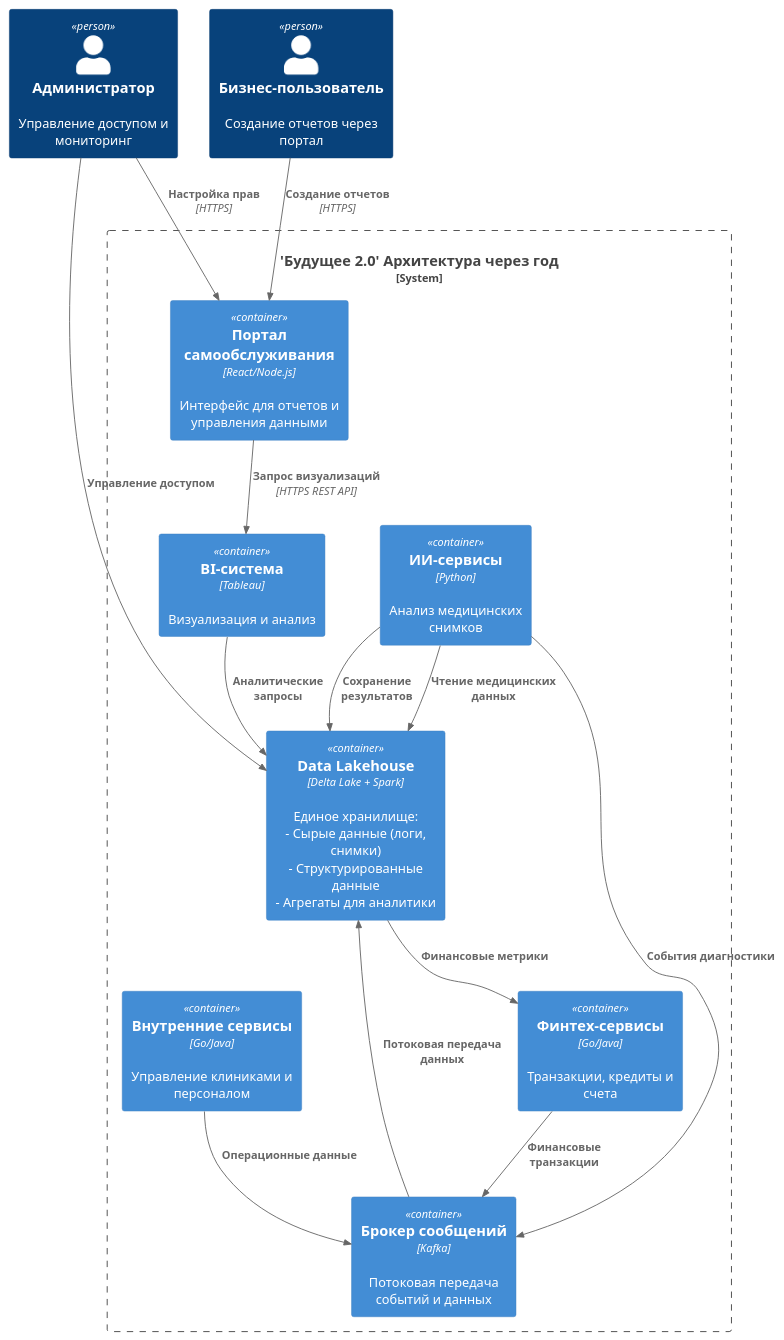
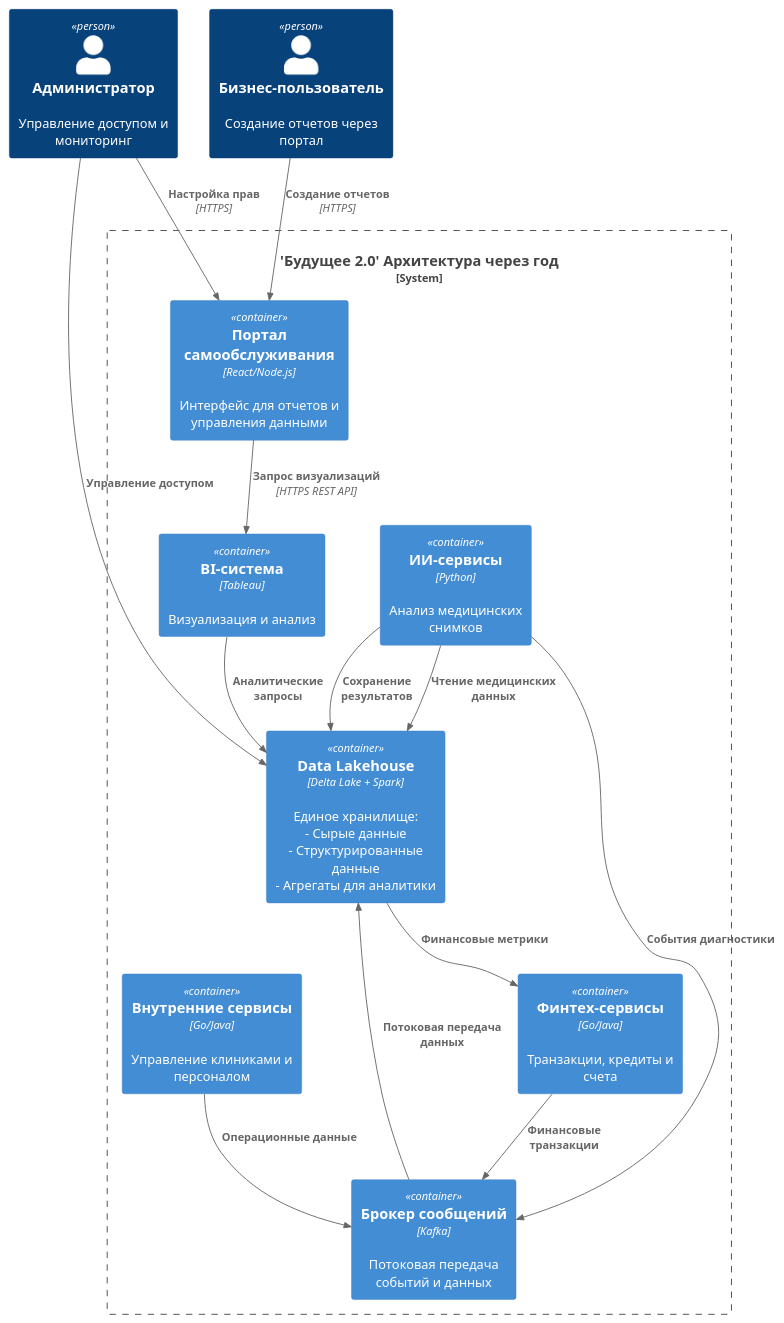
One commit to snakeduse/architecture-sprint-11 changed the diagram in Exc1/ToBe.puml. Above: the diagram before and after it, drawn with PlantUML. The commit also changed 1 other file, not shown here.

Commit message:
feat(Exc1): Поправил описание в data lakehouse

```diff
--- a/Exc1/ToBe.puml
+++ b/Exc1/ToBe.puml
@@ -1,36 +1,36 @@
 @startuml
 !include https://raw.githubusercontent.com/plantuml-stdlib/C4-PlantUML/master/C4_Container.puml
 
 Person(admin, "Администратор", "Управление доступом и мониторинг")
 Person(user, "Бизнес-пользователь", "Создание отчетов через портал")
 
 System_Boundary(c1, "'Будущее 2.0' Архитектура через год") {
     Container(portal, "Портал самообслуживания", "React/Node.js", "Интерфейс для отчетов и управления данными")
     Container(bi, "BI-система", "Tableau", "Визуализация и анализ")
     
-    Container(data_lakehouse, "Data Lakehouse", "Delta Lake + Spark", "Единое хранилище:\n- Сырые данные (логи, снимки)\n- Структурированные данные\n- Агрегаты для аналитики")
+    Container(data_lakehouse, "Data Lakehouse", "Delta Lake + Spark", "Единое хранилище:\n- Сырые данные\n- Структурированные данные\n- Агрегаты для аналитики")
     
     Container(ai_services, "ИИ-сервисы", "Python", "Анализ медицинских снимков")
     Container(fintech, "Финтех-сервисы", "Go/Java", "Транзакции, кредиты и счета")
     Container(integration, "Брокер сообщений", "Kafka", "Потоковая передача событий и данных")
     Container(internal, "Внутренние сервисы", "Go/Java", "Управление клиниками и персоналом")
 }
 
 Rel(user, portal, "Создание отчетов", "HTTPS")
 Rel(portal, bi, "Запрос визуализаций", "HTTPS REST API")
 Rel(bi, data_lakehouse, "Аналитические запросы")
 
 Rel(ai_services, data_lakehouse, "Чтение медицинских данных")
 Rel(ai_services, integration, "События диагностики")
 Rel(ai_services, data_lakehouse, "Сохранение результатов")
 
 Rel(fintech, integration, "Финансовые транзакции")
 Rel(internal, integration, "Операционные данные")
 
 Rel(integration, data_lakehouse, "Потоковая передача данных")
 Rel(data_lakehouse, fintech, "Финансовые метрики")
 
 Rel(admin, data_lakehouse, "Управление доступом")
 Rel(admin, portal, "Настройка прав", "HTTPS")
 
 @enduml
```
